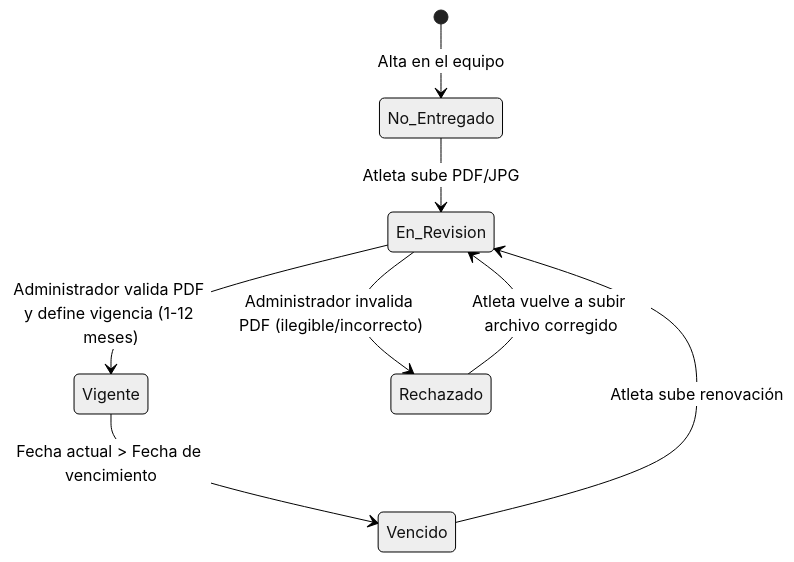
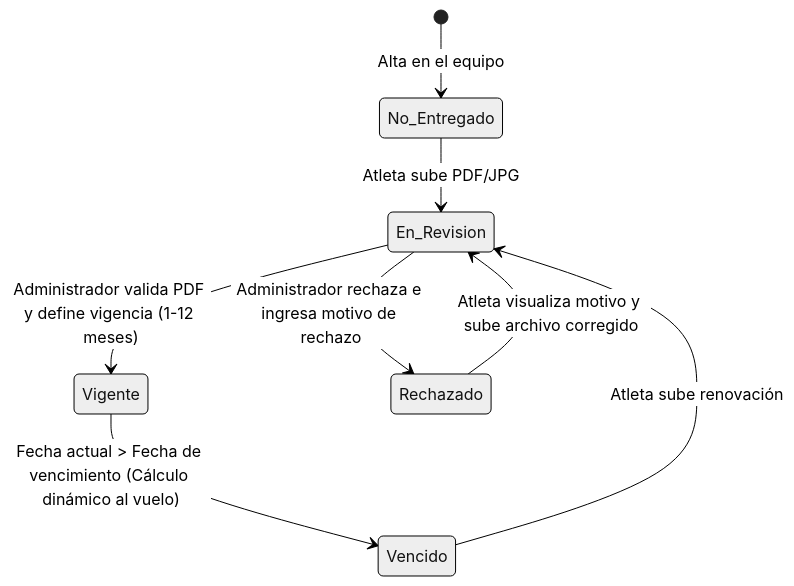
Before and after one commit to thspin/stride: the diagram in User Flows/estado_apto_medico.md, drawn with Mermaid (neutral theme). The commit also changed 8 other files, not shown here.

Commit message:
Docs: Update user flows with new business rules

````diff
--- a/User Flows/estado_apto_medico.md
+++ b/User Flows/estado_apto_medico.md
@@ -5,10 +5,10 @@
 ```mermaid
 stateDiagram-v2
     [*] --> No_Entregado : Alta en el equipo
     No_Entregado --> En_Revision : Atleta sube PDF/JPG
     En_Revision --> Vigente : Administrador valida PDF y define vigencia (1-12 meses)
-    En_Revision --> Rechazado : Administrador invalida PDF (ilegible/incorrecto)
-    Rechazado --> En_Revision : Atleta vuelve a subir archivo corregido
-    Vigente --> Vencido : Fecha actual > Fecha de vencimiento
+    En_Revision --> Rechazado : Administrador rechaza e ingresa motivo de rechazo
+    Rechazado --> En_Revision : Atleta visualiza motivo y sube archivo corregido
+    Vigente --> Vencido : Fecha actual > Fecha de vencimiento (Cálculo dinámico al vuelo)
     Vencido --> En_Revision : Atleta sube renovación
 ```
````
